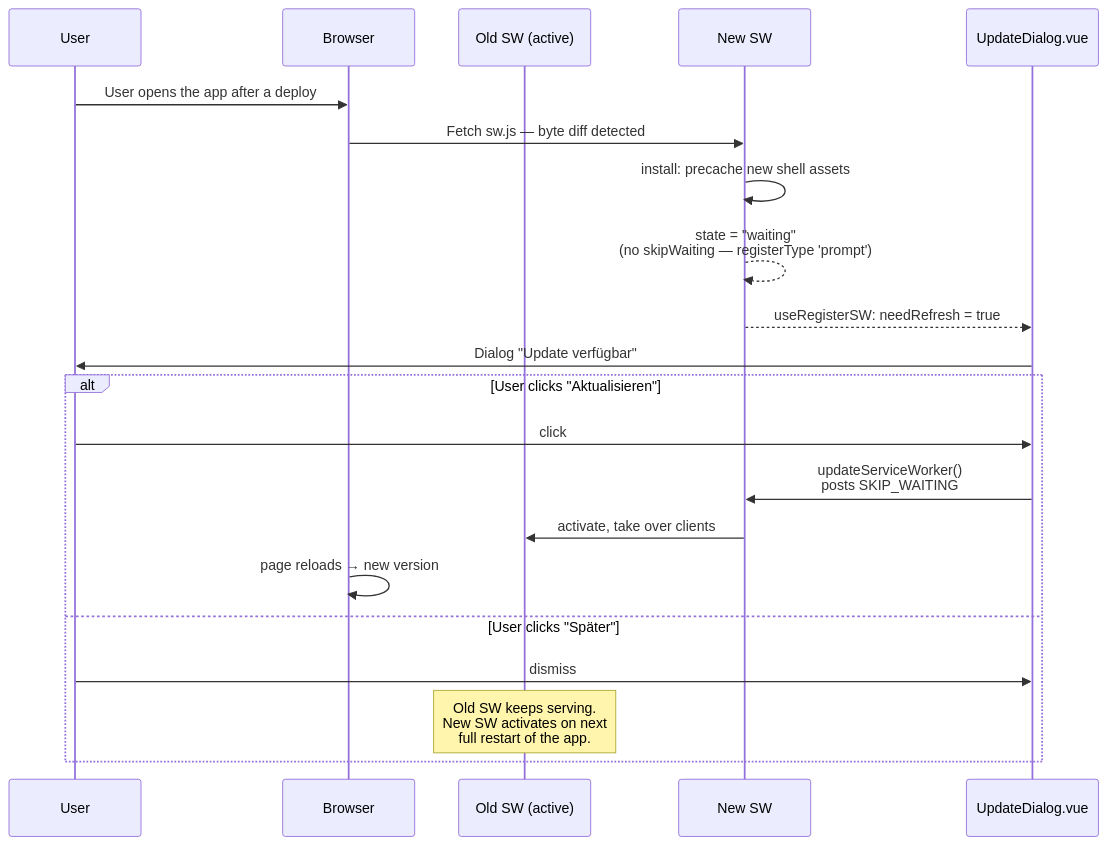
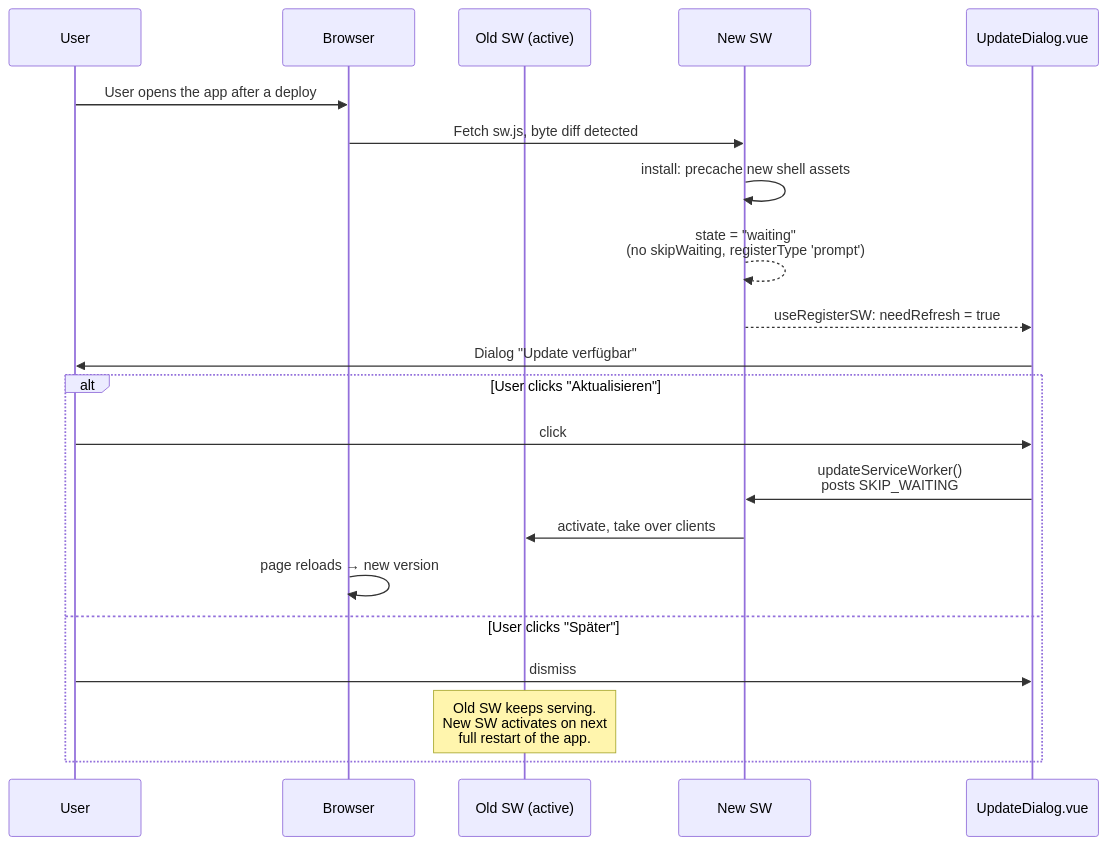
The third of 5 diagrams in docs/pwa-architecture.md (luddwichr/tournament-tracker), drawn with Mermaid before and after one commit. The commit also changed other lines of this file and 111 other files, not shown here.

````diff
--- a/docs/pwa-architecture.md
+++ b/docs/pwa-architecture.md
@@ -85,25 +84,25 @@
 ```mermaid
 sequenceDiagram
     participant U as User
     participant B as Browser
     participant OLD as Old SW (active)
     participant NEW as New SW
     participant UD as UpdateDialog.vue
 
     U->>B: User opens the app after a deploy
-    B->>NEW: Fetch sw.js — byte diff detected
+    B->>NEW: Fetch sw.js, byte diff detected
     NEW->>NEW: install: precache new shell assets
-    NEW-->>NEW: state = "waiting"<br/>(no skipWaiting — registerType 'prompt')
+    NEW-->>NEW: state = "waiting"<br/>(no skipWaiting, registerType 'prompt')
     NEW-->>UD: useRegisterSW: needRefresh = true
     UD->>U: Dialog "Update verfügbar"
 
     alt User clicks "Aktualisieren"
         U->>UD: click
         UD->>NEW: updateServiceWorker()<br/>posts SKIP_WAITING
         NEW->>OLD: activate, take over clients
         B->>B: page reloads → new version
     else User clicks "Später"
         U->>UD: dismiss
         Note over OLD: Old SW keeps serving.<br/>New SW activates on next<br/>full restart of the app.
     end
 ```
````
